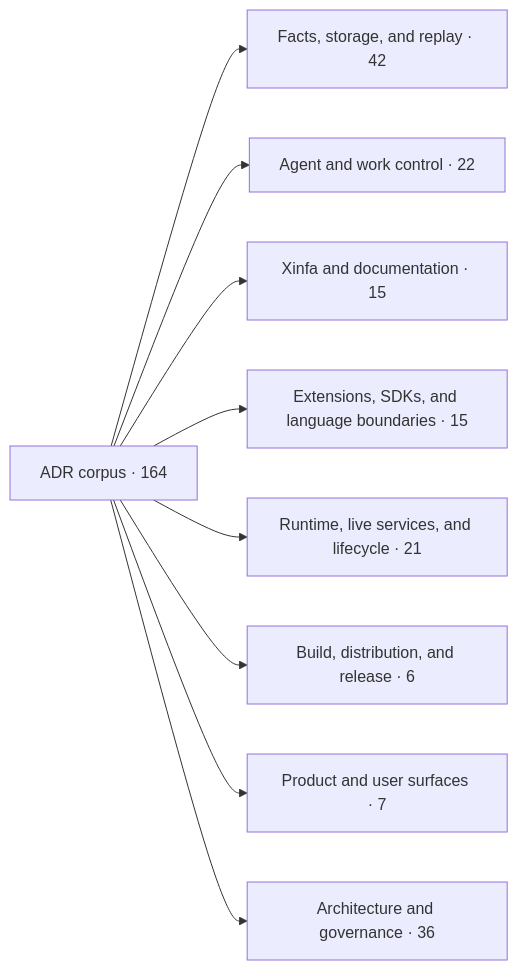
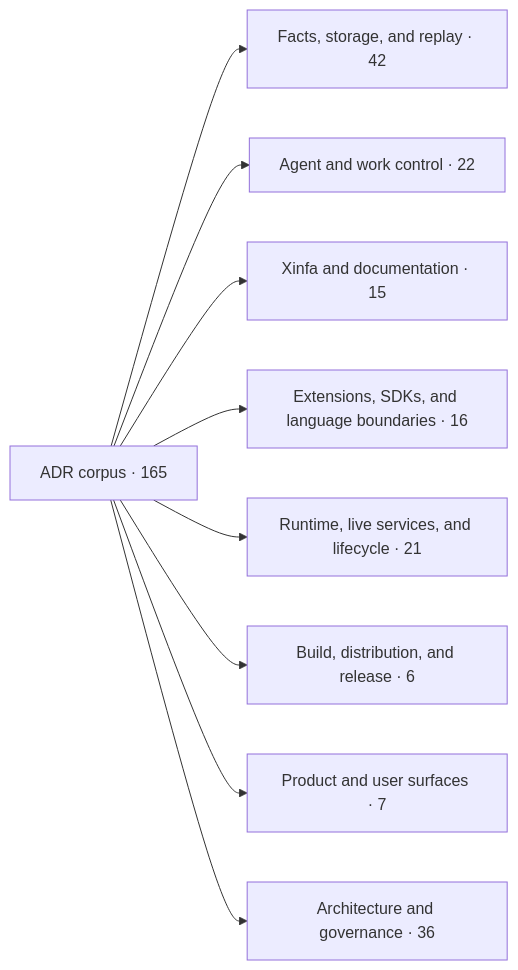
The first of 2 diagrams in docs/architecture/adr-map.md (PterX/kungfu), drawn with Mermaid before and after one commit. The commit also changed other lines of this file and 34 other files, not shown here.

````diff
--- a/docs/architecture/adr-map.md
+++ b/docs/architecture/adr-map.md
@@ -20,12 +20,12 @@
 ```mermaid
 flowchart LR
-  root["ADR corpus · 164"]
+  root["ADR corpus · 165"]
   root --> d0["Facts, storage, and replay · 42"]
   root --> d1["Agent and work control · 22"]
   root --> d2["Xinfa and documentation · 15"]
-  root --> d3["Extensions, SDKs, and language boundaries · 15"]
+  root --> d3["Extensions, SDKs, and language boundaries · 16"]
   root --> d4["Runtime, live services, and lifecycle · 21"]
   root --> d5["Build, distribution, and release · 6"]
   root --> d6["Product and user surfaces · 7"]
   root --> d7["Architecture and governance · 36"]
 ```
````
